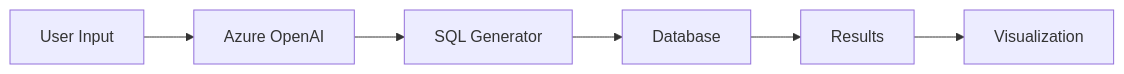
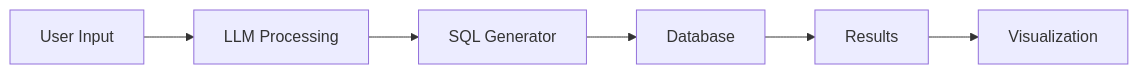
Before and after one commit to RaoVrn/QueryLens: the first of 2 diagrams in README.md, drawn with Mermaid. The commit also changed other lines of this file and 3 other files, not shown here.

````diff
--- a/README.md
+++ b/README.md
@@ -74,8 +78,8 @@
 ```mermaid
 graph LR
-    A[User Input] --> B[Azure OpenAI]
+    A[User Input] --> B[LLM Processing]
     B --> C[SQL Generator]
     C --> D[Database]
     D --> E[Results]
     E --> F[Visualization]
 ```
````
